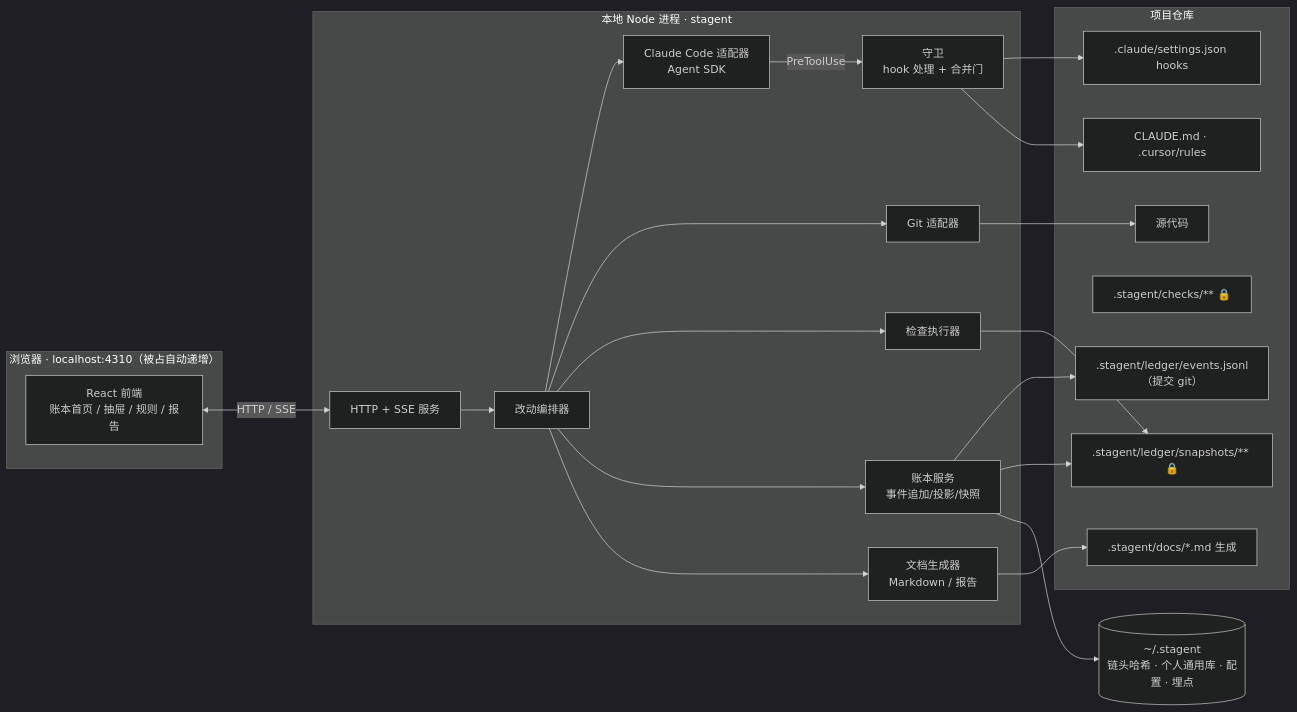
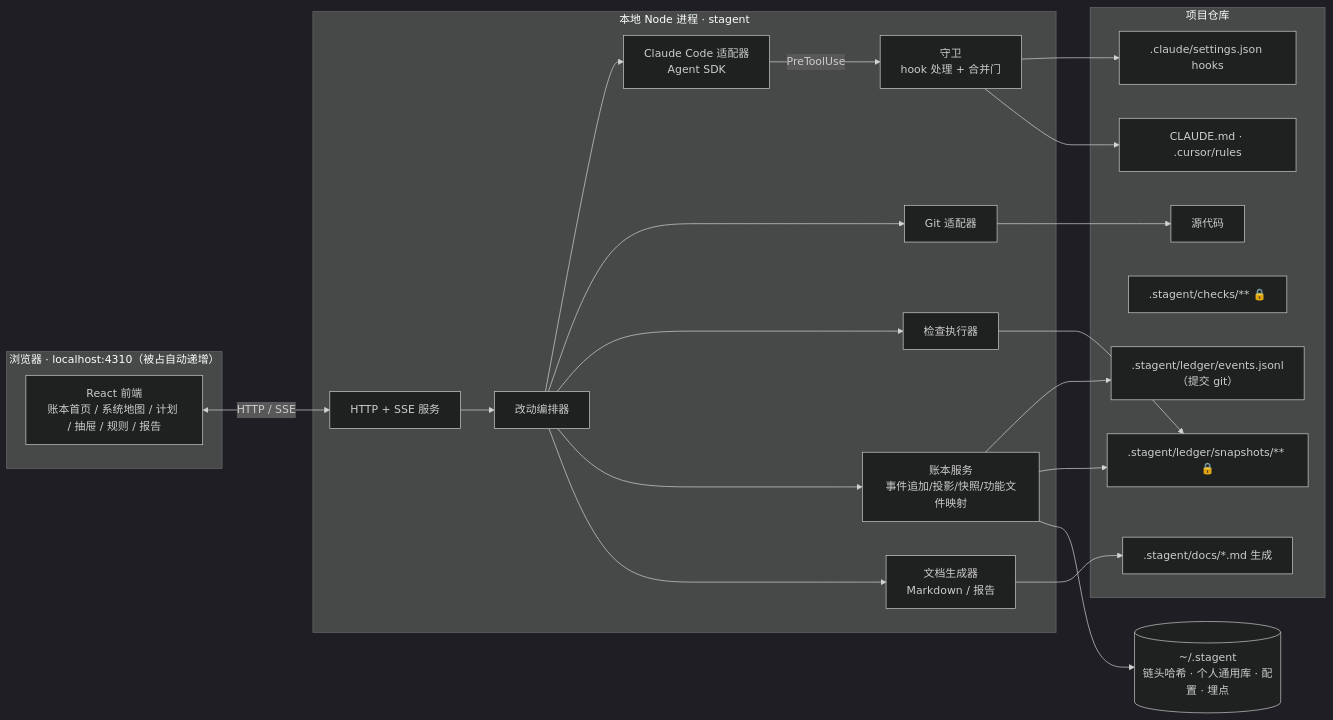
The first of 4 diagrams in docs/spec.md (Tina199507/stagent), drawn with Mermaid (dark theme) before and after one commit. The commit also changed other lines of this file and 1 other file, not shown here.

````diff
--- a/docs/spec.md
+++ b/docs/spec.md
@@ -49,46 +70,46 @@
 ```mermaid
 flowchart LR
   subgraph BR["浏览器 · localhost:4310（被占自动递增）"]
-    UI["React 前端<br/>账本首页 / 抽屉 / 规则 / 报告"]
+    UI["React 前端<br/>账本首页 / 系统地图 / 计划 / 抽屉 / 规则 / 报告"]
   end
 
   subgraph NODE["本地 Node 进程 · stagent"]
     HTTP["HTTP + SSE 服务"]
     ORCH["改动编排器"]
     CC["Claude Code 适配器<br/>Agent SDK"]
     GIT["Git 适配器"]
     EXEC["检查执行器"]
     GUARD["守卫<br/>hook 处理 + 合并门"]
-    LED["账本服务<br/>事件追加/投影/快照"]
+    LED["账本服务<br/>事件追加/投影/快照/功能文件映射"]
     DOC["文档生成器<br/>Markdown / 报告"]
   end
 
   subgraph REPO["项目仓库"]
     SRC["源代码"]
     EV[".stagent/ledger/events.jsonl（提交 git）"]
     SN[".stagent/ledger/snapshots/** 🔒"]
     CK[".stagent/checks/** 🔒"]
     DC[".stagent/docs/*.md 生成"]
     RL["CLAUDE.md · .cursor/rules"]
     HK[".claude/settings.json hooks"]
   end
 
   STORE[("~/.stagent<br/>链头哈希 · 个人通用库 · 配置 · 埋点")]
 
   UI <-->|"HTTP / SSE"| HTTP
   HTTP --> ORCH
   ORCH --> CC
   ORCH --> GIT
   ORCH --> EXEC
   ORCH --> LED
   ORCH --> DOC
   CC -->|"PreToolUse"| GUARD
   GUARD --> HK
   GUARD --> RL
   LED --> EV
   LED --> SN
   LED --> STORE
   GIT --> SRC
   EXEC --> SN
   DOC --> DC
 ```
````
